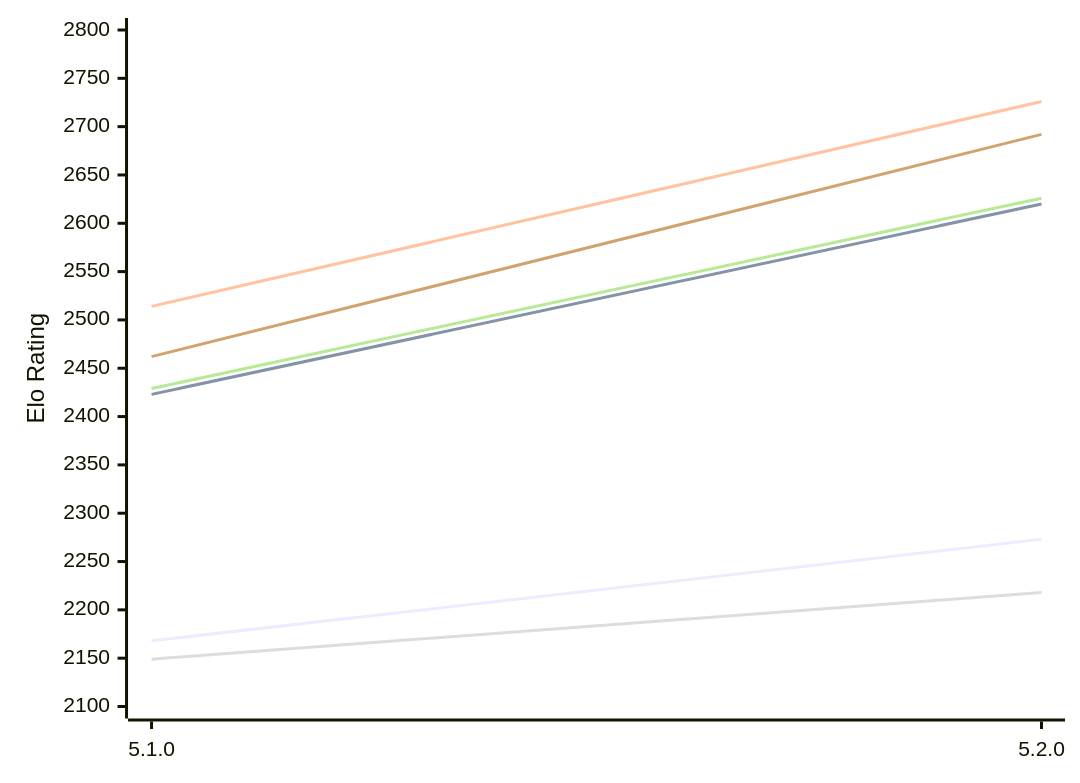
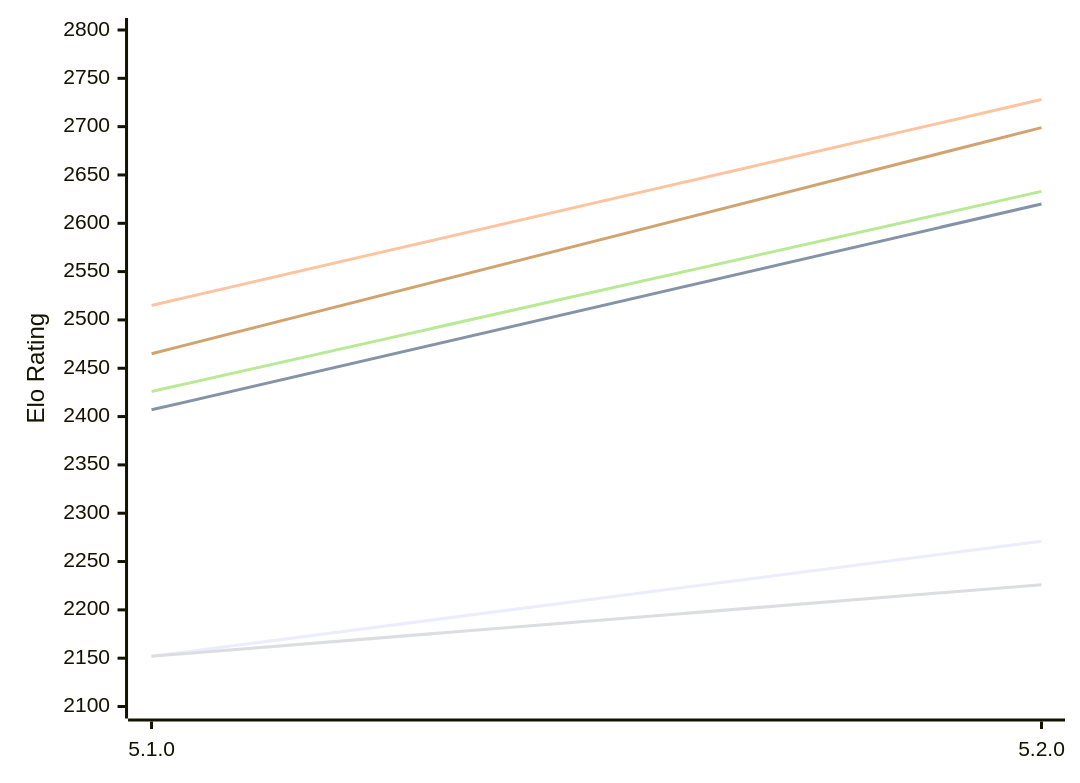
One commit to computer-chess-index/cci changed the first of 2 diagrams in engines/Aconcagua.md. Above: the diagram before and after it, drawn with Mermaid. The commit also changed other lines of this file, not shown here.

Commit message:
Update CCI Ratings (ELO VLTC) - 2026-11-25

````diff
--- a/engines/Aconcagua.md
+++ b/engines/Aconcagua.md
@@ -53,12 +53,12 @@
 ```mermaid
 %%{init: {"theme":"base","themeVariables":{"seriesColors:['#a3a3a3','#222221','#faa371']}}}%%
 xychart-beta
   x-axis ["5.1.0", "5.2.0"]
   y-axis "Elo Rating" 2100 --> 2800
-  line "E1: STC (8.0+0.08s)" [2168, 2273]
-  line "E1: LTC (60.0+0.60s)" [2423, 2620]
-  line "E1: VLTC (2m24s+1.12s)" [2514, 2726]
-  line "P1: STC (8.0+0.08s)" [2149, 2218]
-  line "P1: LTC (60.0+0.60s)" [2429, 2626]
-  line "P1: VLTC (2m24s+1.12s)" [2462, 2692]
+  line "E1: STC (8.0+0.08s)" [2152, 2271]
+  line "E1: LTC (60.0+0.60s)" [2407, 2620]
+  line "E1: VLTC (2m24s+1.12s)" [2515, 2728]
+  line "P1: STC (8.0+0.08s)" [2152, 2226]
+  line "P1: LTC (60.0+0.60s)" [2426, 2633]
+  line "P1: VLTC (2m24s+1.12s)" [2465, 2699]
 ```
````
